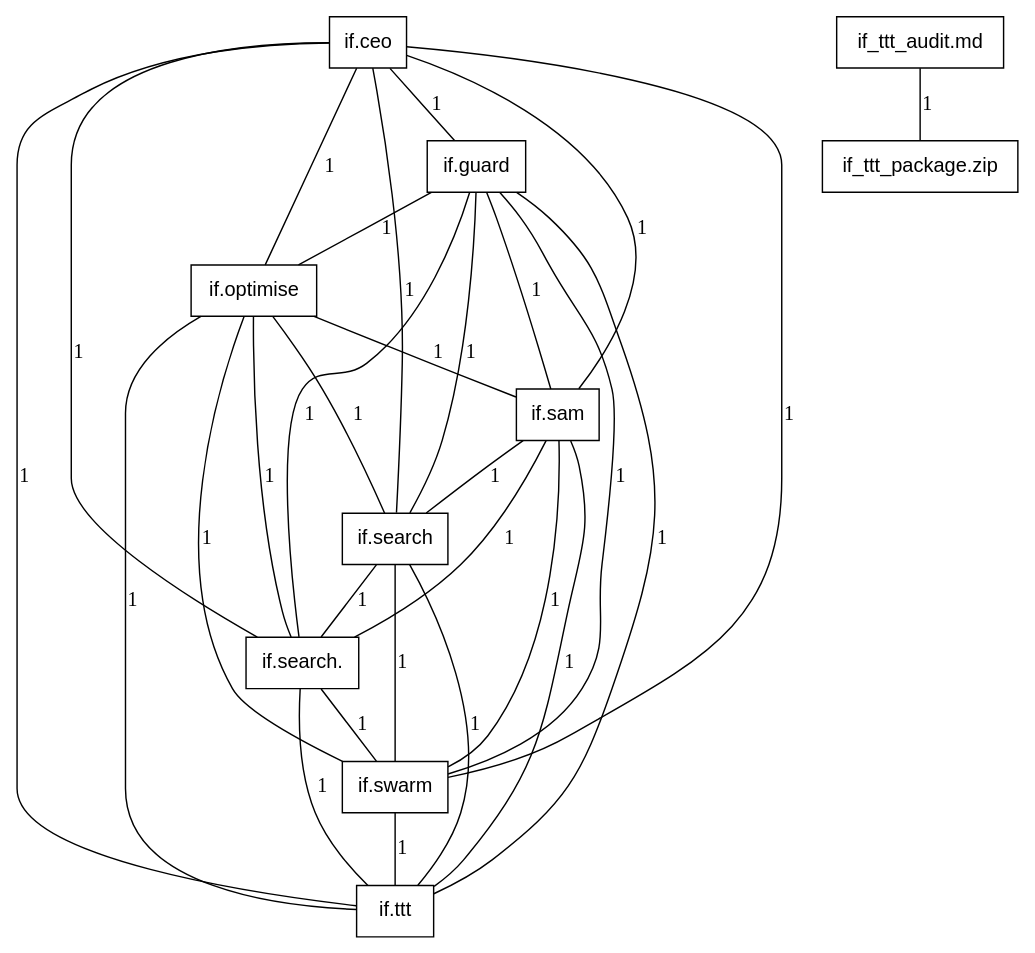
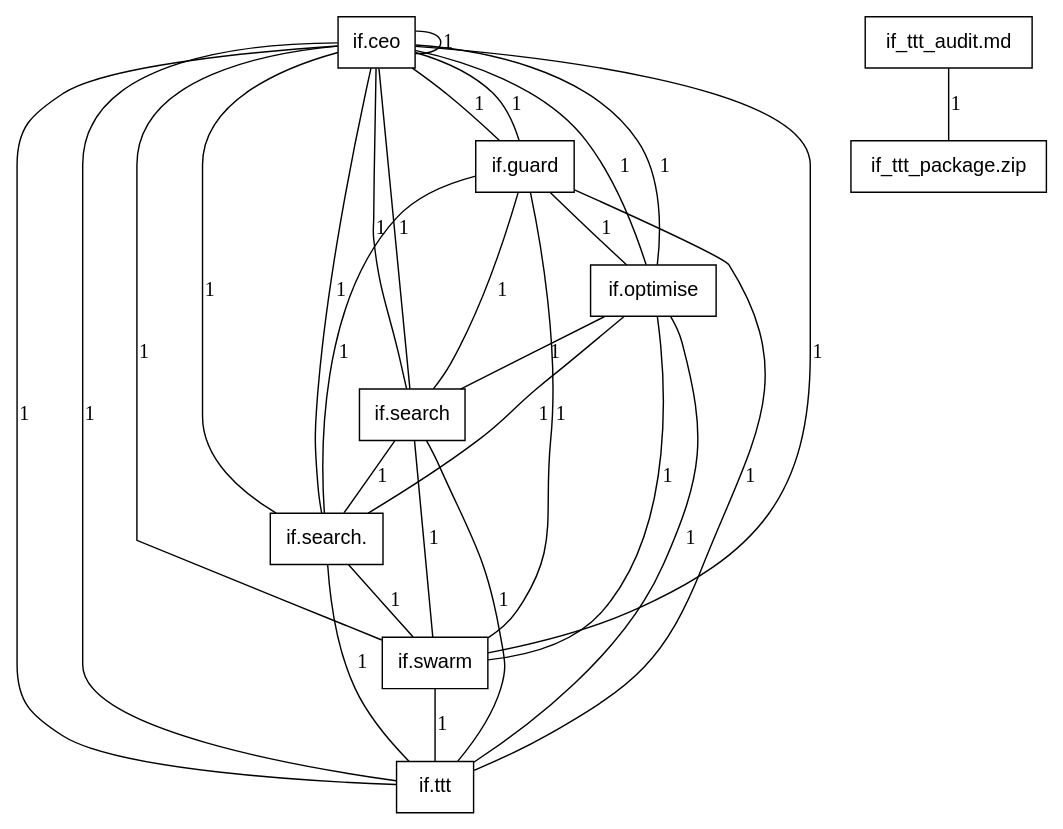
One commit to dannystocker/infrafabric changed the diagram in out/branches/gedimat-v3-deploy/if_mentions.dot. Above: the diagram before and after it, drawn with Graphviz. The commit also changed 47 other files, not shown here.

First line of the commit message:
Rename IF.sam → IF.ceo: Depersonalize executive decision-making framework

```diff
--- a/out/branches/gedimat-v3-deploy/if_mentions.dot
+++ b/out/branches/gedimat-v3-deploy/if_mentions.dot
@@ -1,32 +1,32 @@
 graph IFMentions {
   node [shape=box, fontname=Helvetica];
   "if.search." -- "if.swarm" [label="1"];
   "if.ceo" -- "if.swarm" [label="1"];
-  "if.sam" -- "if.swarm" [label="1"];
+  "if.ceo" -- "if.swarm" [label="1"];
   "if.swarm" -- "if.ttt" [label="1"];
   "if.guard" -- "if.swarm" [label="1"];
   "if.optimise" -- "if.swarm" [label="1"];
   "if.search" -- "if.swarm" [label="1"];
   "if.ceo" -- "if.search." [label="1"];
-  "if.sam" -- "if.search." [label="1"];
+  "if.ceo" -- "if.search." [label="1"];
   "if.search." -- "if.ttt" [label="1"];
   "if.guard" -- "if.search." [label="1"];
   "if.optimise" -- "if.search." [label="1"];
   "if.search" -- "if.search." [label="1"];
-  "if.ceo" -- "if.sam" [label="1"];
+  "if.ceo" -- "if.ceo" [label="1"];
   "if.ceo" -- "if.ttt" [label="1"];
   "if.ceo" -- "if.guard" [label="1"];
   "if.ceo" -- "if.optimise" [label="1"];
   "if.ceo" -- "if.search" [label="1"];
-  "if.sam" -- "if.ttt" [label="1"];
-  "if.guard" -- "if.sam" [label="1"];
-  "if.optimise" -- "if.sam" [label="1"];
-  "if.sam" -- "if.search" [label="1"];
+  "if.ceo" -- "if.ttt" [label="1"];
+  "if.guard" -- "if.ceo" [label="1"];
+  "if.optimise" -- "if.ceo" [label="1"];
+  "if.ceo" -- "if.search" [label="1"];
   "if.guard" -- "if.ttt" [label="1"];
   "if.optimise" -- "if.ttt" [label="1"];
   "if.search" -- "if.ttt" [label="1"];
   "if.guard" -- "if.optimise" [label="1"];
   "if.guard" -- "if.search" [label="1"];
   "if.optimise" -- "if.search" [label="1"];
   "if_ttt_audit.md" -- "if_ttt_package.zip" [label="1"];
 }
```
